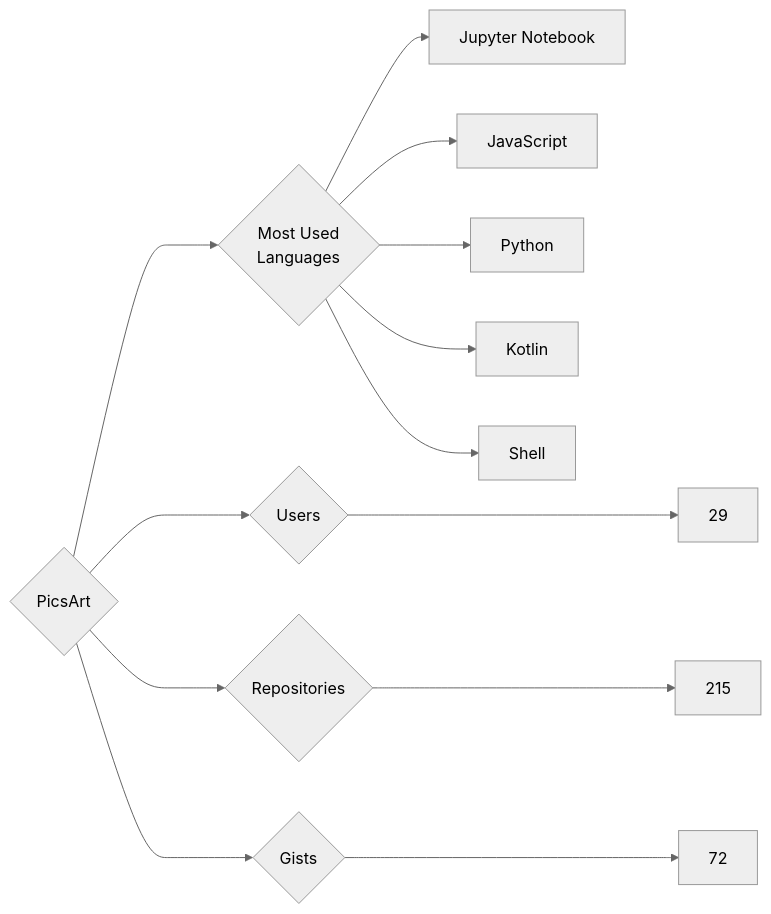
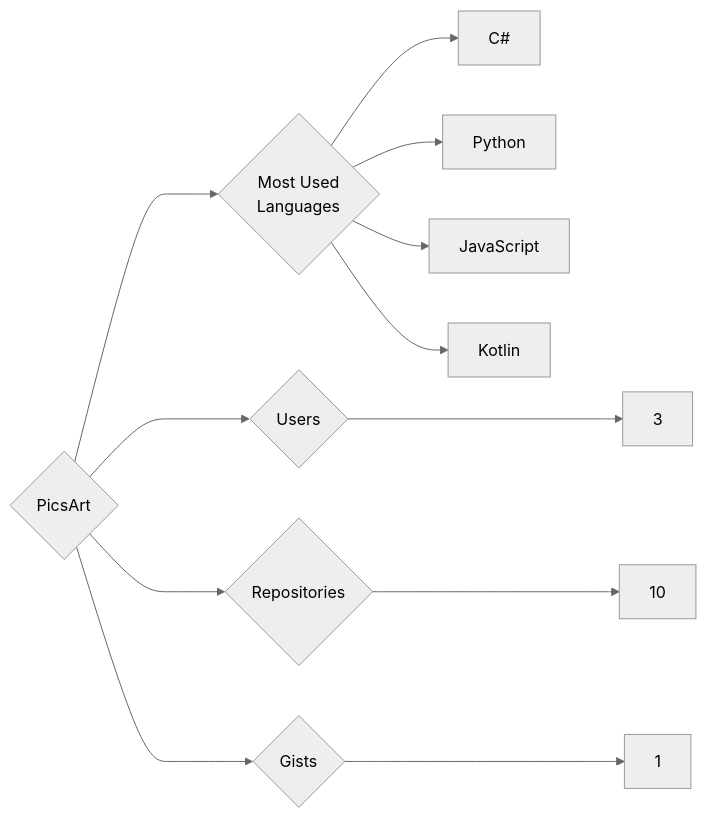
The diagram in targets/PicsArt/README.md (trickest/insiders), drawn with Mermaid (neutral theme) before and after one commit. The commit also changed 878 other files, not shown here.

````diff
--- a/targets/PicsArt/README.md
+++ b/targets/PicsArt/README.md
@@ -3,13 +3,12 @@
 ```mermaid
 graph LR
 COMPANY_NAME{PicsArt}
-COMPANY_NAME ---> U{Users} ---> UN[29]
-COMPANY_NAME ---> R{Repositories} ---> RN[215]
-COMPANY_NAME ---> G{Gists} ---> GN[72]
+COMPANY_NAME ---> U{Users} ---> UN[3]
+COMPANY_NAME ---> R{Repositories} ---> RN[10]
+COMPANY_NAME ---> G{Gists} ---> GN[1]
 COMPANY_NAME ---> ML{Most Used<br>Languages}
-ML --> Jupyter_Notebook[Jupyter Notebook]
+ML --> C#[C#]
+ML --> Python[Python]
 ML --> JavaScript[JavaScript]
-ML --> Python[Python]
 ML --> Kotlin[Kotlin]
-ML --> Shell[Shell]
 ```
````
